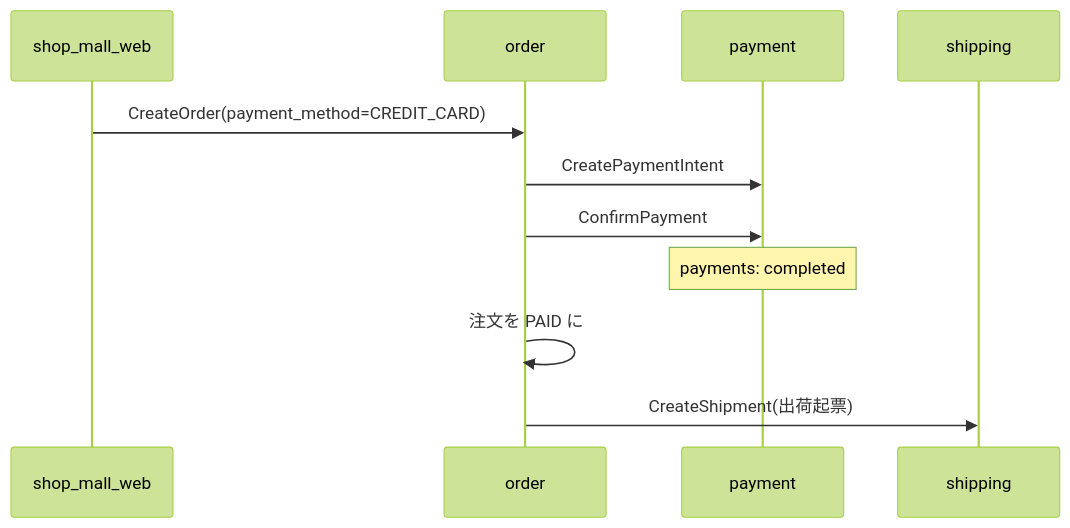
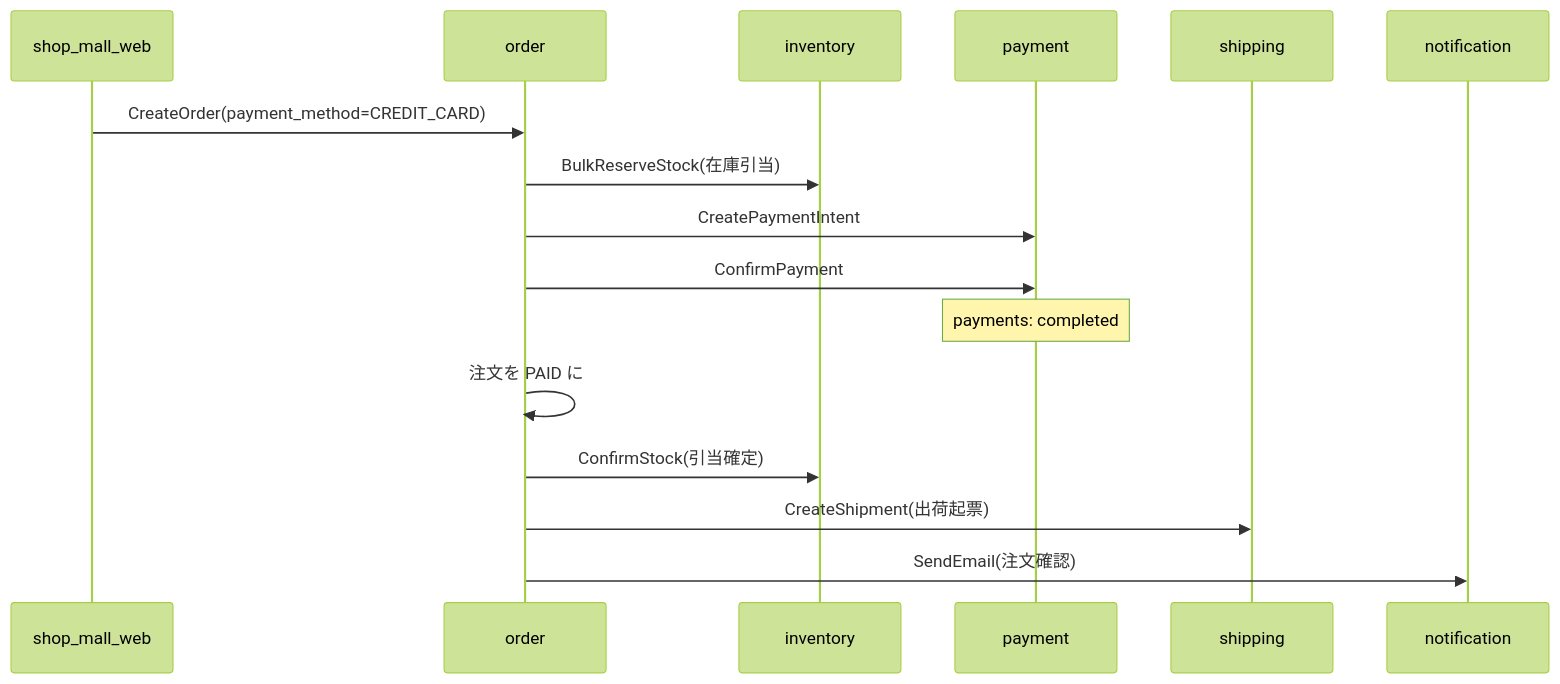
Before and after one commit to makoto-developer/go_microservice_example: the first of 3 diagrams in docs/payment-flow.md, drawn with Mermaid (forest theme). The commit also changed other lines of this file and 2 other files, not shown here.

````diff
--- a/docs/payment-flow.md
+++ b/docs/payment-flow.md
@@ -15,14 +15,19 @@
 ```mermaid
 sequenceDiagram
   participant W as shop_mall_web
   participant O as order
+  participant I as inventory
   participant P as payment
   participant S as shipping
+  participant N as notification
 
   W->>O: CreateOrder(payment_method=CREDIT_CARD)
+  O->>I: BulkReserveStock(在庫引当)
   O->>P: CreatePaymentIntent
   O->>P: ConfirmPayment
   Note over P: payments: completed
   O->>O: 注文を PAID に
+  O->>I: ConfirmStock(引当確定)
   O->>S: CreateShipment(出荷起票)
+  O->>N: SendEmail(注文確認)
 ```
````
